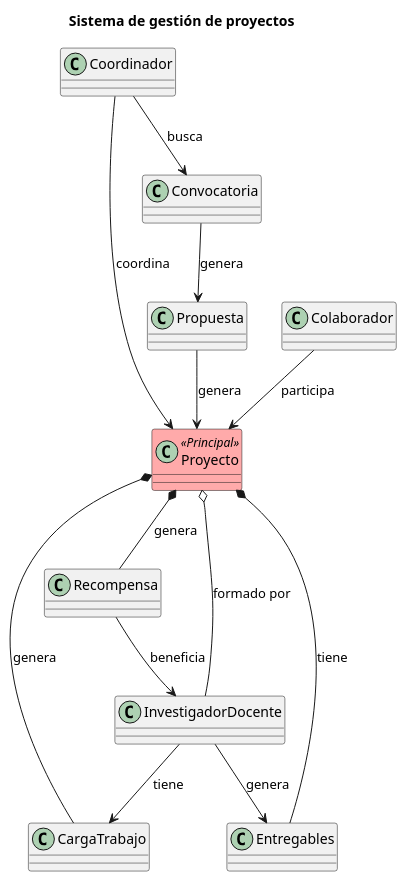
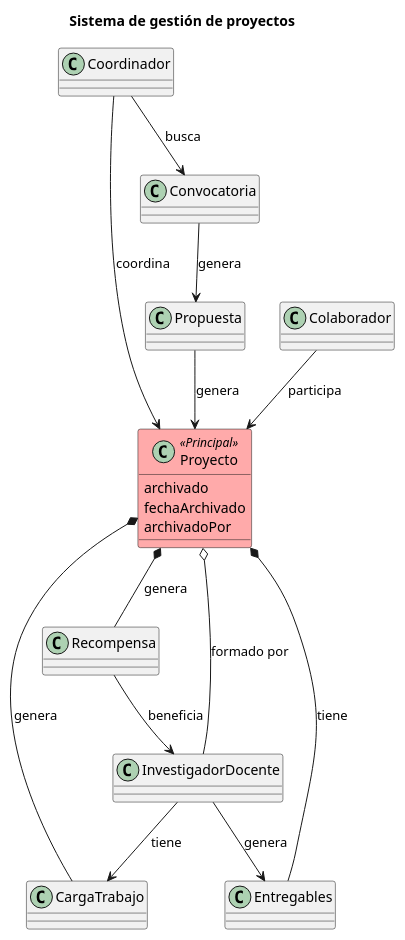
Before and after one commit to beatriizorozco/25-26-idsw2-sdVC: the diagram in modelosUML/RUP/00-casos-uso/00-modelo-del-dominio/00-diagrama-clases/diagrama-clases-proyecto.puml, drawn with PlantUML. The commit also changed 38 other files, not shown here.

```diff
--- a/modelosUML/RUP/00-casos-uso/00-modelo-del-dominio/00-diagrama-clases/diagrama-clases-proyecto.puml
+++ b/modelosUML/RUP/00-casos-uso/00-modelo-del-dominio/00-diagrama-clases/diagrama-clases-proyecto.puml
@@ -1,56 +1,59 @@
 @startuml DiagramaClasesProyecto
 
 title Sistema de gestión de proyectos
 
 class Proyecto <<Principal>> #FFAAAA {
+  archivado
+  fechaArchivado
+  archivadoPor
 }
 
 class Convocatoria {
 }
 
 class Propuesta {
 }
 
 class InvestigadorDocente {
 }
 
 class Coordinador {
 }
 
 class Colaborador {
 }
 
 class CargaTrabajo {
 }
 
 class Entregables {
 }
 
 class Recompensa {
 }
 
 
 Convocatoria --> Propuesta : genera
 Propuesta --> Proyecto : genera
 
 
 Proyecto o-- InvestigadorDocente : formado por
 Proyecto *-- Entregables : tiene
 Proyecto *-- CargaTrabajo : genera
 Proyecto *-- Recompensa : genera
 
 
 Coordinador --> Proyecto : coordina
 Coordinador --> Convocatoria : busca
 
 
 Colaborador --> Proyecto : participa
 
 
 InvestigadorDocente --> CargaTrabajo : tiene
 InvestigadorDocente --> Entregables : genera
 
 
 Recompensa --> InvestigadorDocente : beneficia
 
 @enduml
```
